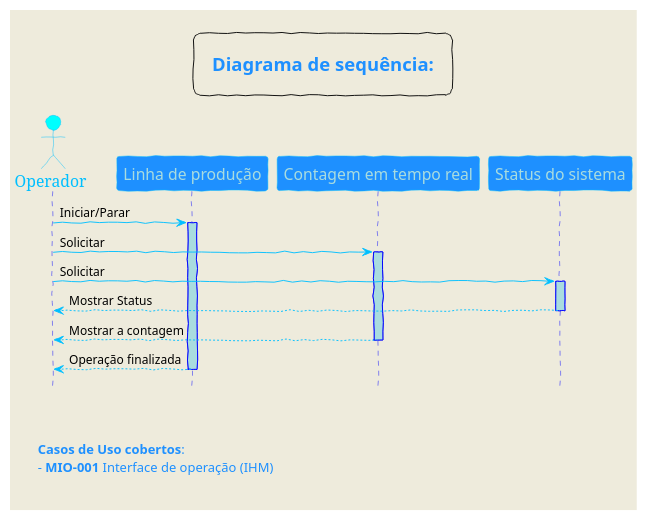
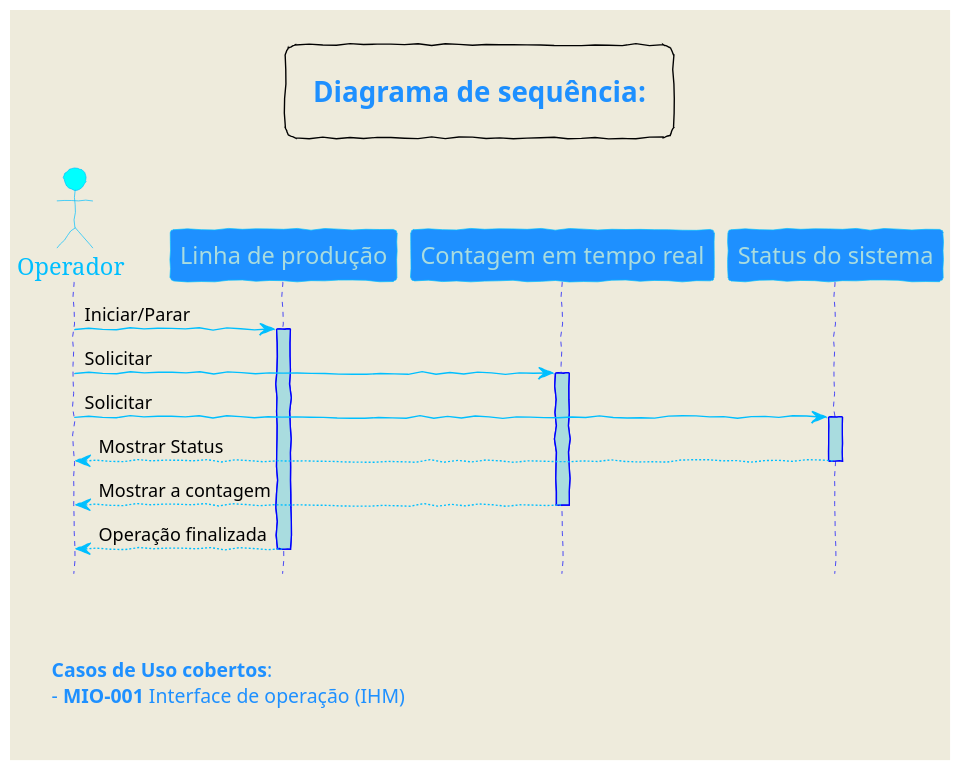
One commit to Embrapac/diagramas changed the diagram in DS-IHM-001.puml. Above: the diagram before and after it, drawn with PlantUML. The commit also changed 2 other files, not shown here.

```diff
--- a/DS-IHM-001.puml
+++ b/DS-IHM-001.puml
@@ -1,101 +1,101 @@
 @startuml
 'Parametros de dimensões:
-scale 500 width
-scale 500 height
+scale 750 width
+scale 750 height
 
 'Parametros de cor:
 skinparam backgroundColor #EEEBDC
 skinparam handwritten true
 skinparam sequenceArrowColor DeepSkyBlue
 skinparam sequenceActorBorderColor DeepSkyBlue
 skinparam sequenceLifeLineBorderColor blue
 skinparam sequenceLifeLineBackgroundColor #A9DCDF
 skinparam sequenceParticipantBorderColor DeepSkyBlue
 skinparam sequenceParticipantBackgroundColor DodgerBlue
 skinparam sequenceParticipantFontName Impact
 skinparam sequenceParticipantFontSize 17
 skinparam sequenceParticipantFontColor #A9DCDF
 skinparam sequenceActorBackgroundColor aqua
 skinparam sequenceActorFontColor DeepSkyBlue
 skinparam sequenceActorFontSize 17
 skinparam sequenceActorFontName Aapex
 
 skinparam legendFontColor DodgerBlue
 skinparam legendFontSize 16
 skinparam legndFontName Arial
 
 <style>
 footer {
   HorizontalAlignment left
   FontSize 14
   FontColor DodgerBlue  
   FontName Arial
   Margin 20
   Padding 10
 }
 legend {
   FontSize 20
   FontColor DodgerBlue  
   FontName Arial
   Margin 20
   Padding 20
 }
 </style>
 
 hide footbox
 
 actor Operador
 participant "Linha de produção" as A
 participant "Contagem em tempo real" as B
 participant "Status do sistema" as C
 
 '======================================================
 '                      Inicio
 '======================================================
 
 'Comando de iniciar/parar:
 Operador -> A: Iniciar/Parar
 activate A
 '------------------------------------------------------
 
 'Solicitar Contagem
 Operador -> B: Solicitar
 activate B
 '------------------------------------------------------
 
 'Solicitar o Status 
 Operador-> C: Solicitar
 activate C
 '------------------------------------------------------
 
 C --> Operador: Mostrar Status
 deactivate C
 '------------------------------------------------------
 
 B --> Operador: Mostrar a contagem
 deactivate B
 '------------------------------------------------------
 
 A --> Operador: Operação finalizada
 deactivate A
 '------------------------------------------------------
 
 
 '=====================================================
 'Notas:
 '=====================================================
 
 legend top
 **Diagrama de sequência:**
 end legend
 
 footer
 
 
 **Casos de Uso cobertos**:
  - **MIO-001** Interface de operação (IHM)
 end footer
 
 
 
 @enduml
```
